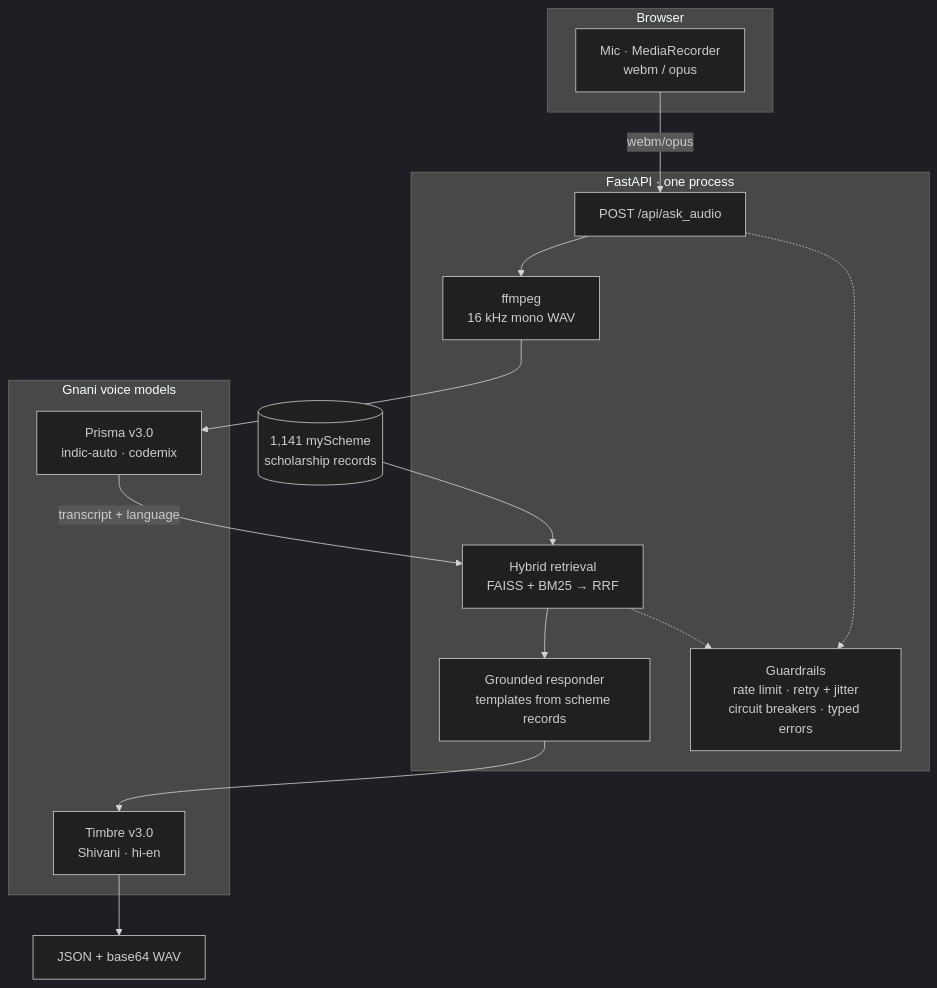
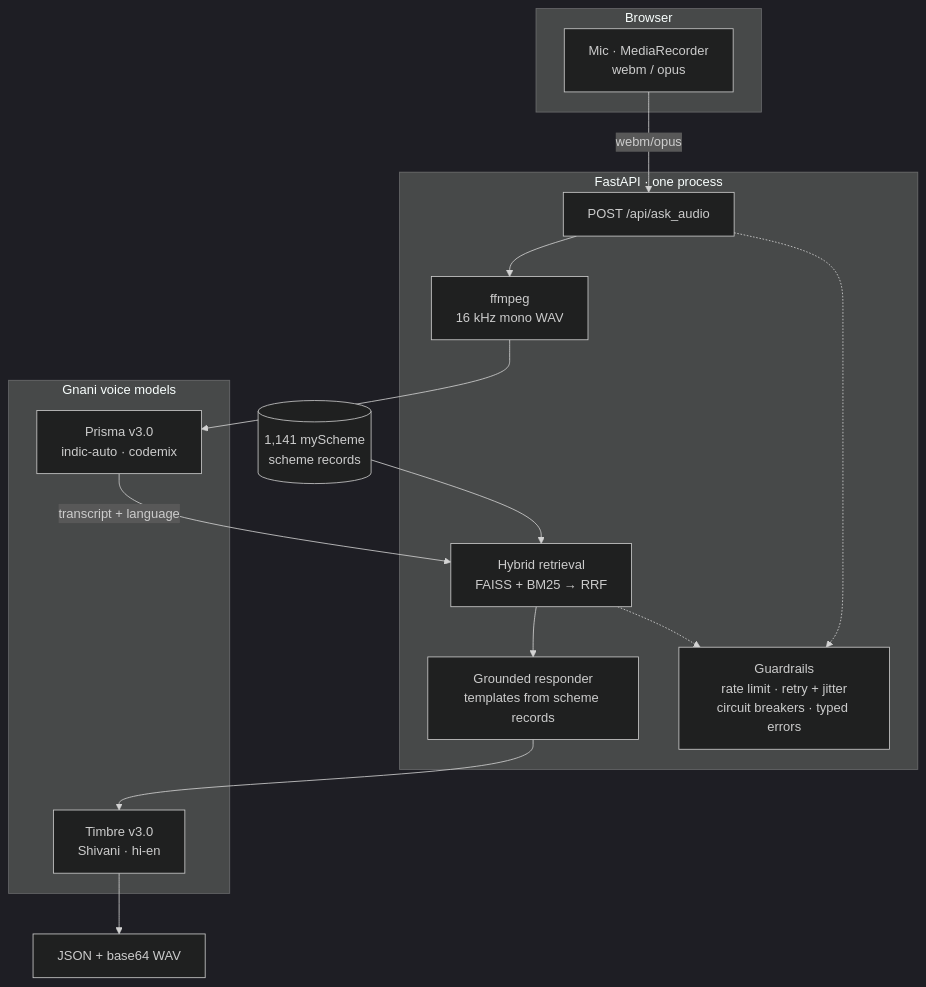
The diagram in docs/architecture.md (Arunkumar06-cmd/siddha), drawn with Mermaid (dark theme) before and after one commit. The commit also changed 5 other files, not shown here.

````diff
--- a/docs/architecture.md
+++ b/docs/architecture.md
@@ -6,31 +6,31 @@
 ```mermaid
 flowchart TB
     subgraph client["Browser"]
         MIC["Mic · MediaRecorder<br/>webm / opus"]
     end
 
     subgraph api["FastAPI · one process"]
         ROUTE["POST /api/ask_audio"]
         FF["ffmpeg<br/>16 kHz mono WAV"]
         RAG["Hybrid retrieval<br/>FAISS + BM25 → RRF"]
         RESP["Grounded responder<br/>templates from scheme records"]
         GUARD["Guardrails<br/>rate limit · retry + jitter<br/>circuit breakers · typed errors"]
     end
 
     subgraph gnani["Gnani voice models"]
         STT["Prisma v3.0<br/>indic-auto · codemix"]
         TTS["Timbre v3.0<br/>Shivani · hi-en"]
     end
 
-    DATA[("1,141 myScheme<br/>scholarship records")]
+    DATA[("1,141 myScheme<br/>scheme records")]
     OUT["JSON + base64 WAV"]
 
     MIC -->|"webm/opus"| ROUTE
     ROUTE --> FF --> STT
     STT -->|"transcript + language"| RAG
     DATA --> RAG
     RAG --> RESP --> TTS
     TTS --> OUT
     ROUTE -.-> GUARD
     RAG -.-> GUARD
 ```
````
